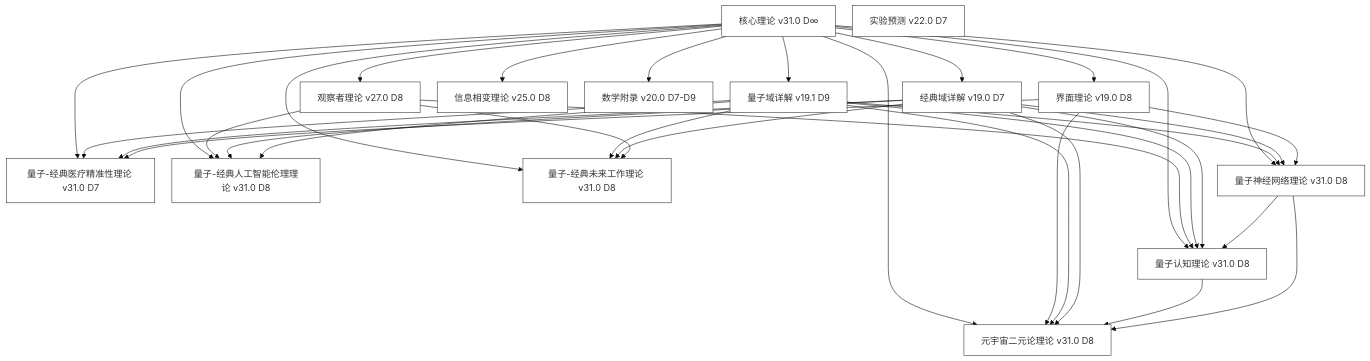
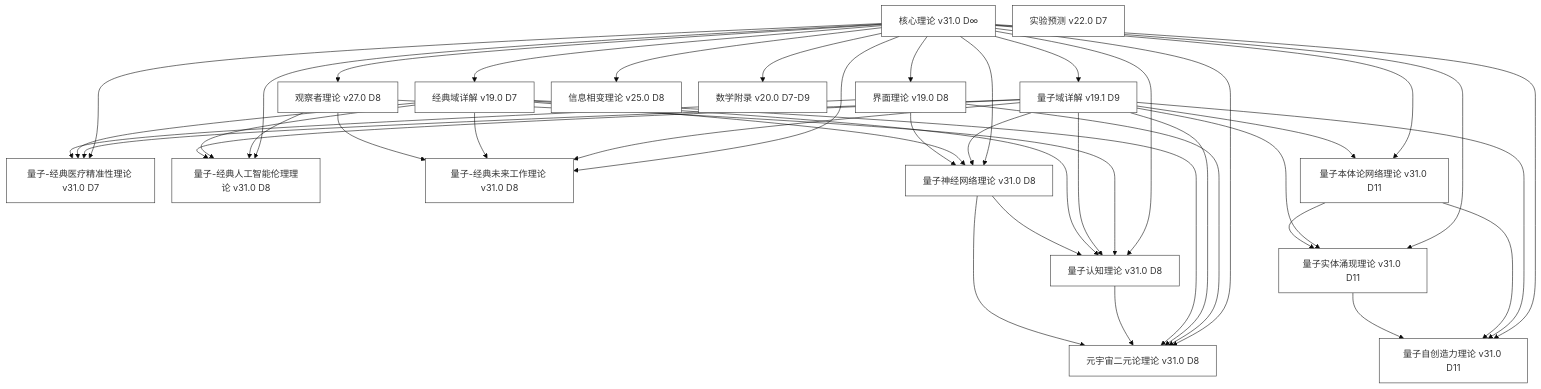
One commit to gldeng/universe changed the diagram in formal_theory/formal_theory.md. Above: the diagram before and after it, drawn with Mermaid. The commit also changed other lines of this file and 7 other files, not shown here.

````diff
--- a/formal_theory/formal_theory.md
+++ b/formal_theory/formal_theory.md
@@ -262,6 +265,9 @@
     QNN[量子神经网络理论 v31.0 D8]
     QC[量子认知理论 v31.0 D8]
     MT[元宇宙二元论理论 v31.0 D8]
+    QON[量子本体论网络理论 v31.0 D11]
+    QEE[量子实体涌现理论 v31.0 D11]
+    QSC[量子自创造力理论 v31.0 D11]
     
     %% 直接依赖关系
     Core --> QD
@@ -278,6 +284,9 @@
     Core --> QNN
     Core --> QC
     Core --> MT
+    Core --> QON
+    Core --> QEE
+    Core --> QSC
     QD --> PM
     CD --> PM
     IF --> PM
@@ -299,4 +308,10 @@
     QNN --> QC
     QC --> MT
     QNN --> MT
+    QD --> QON
+    QD --> QEE
+    QD --> QSC
+    QON --> QEE
+    QON --> QSC
+    QEE --> QSC
 ```
````
